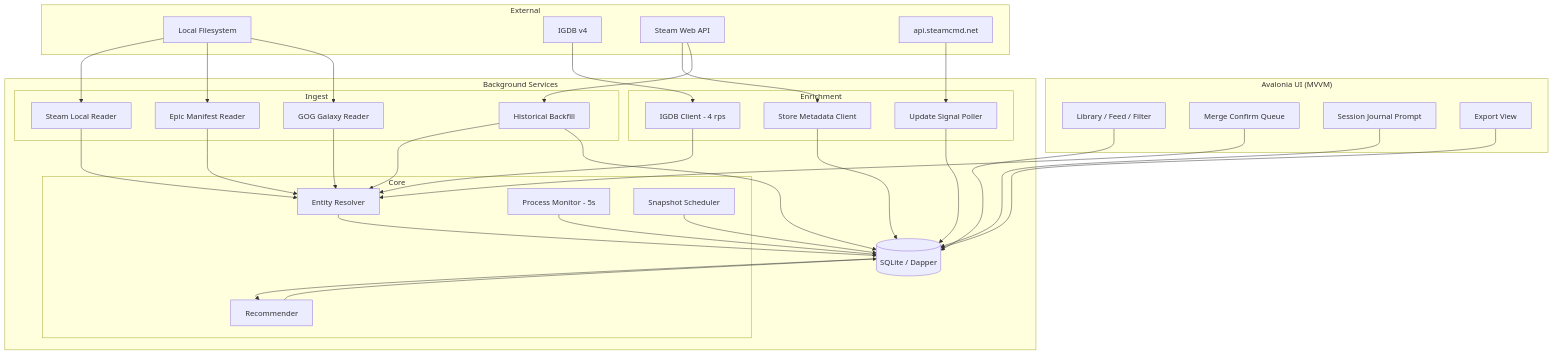
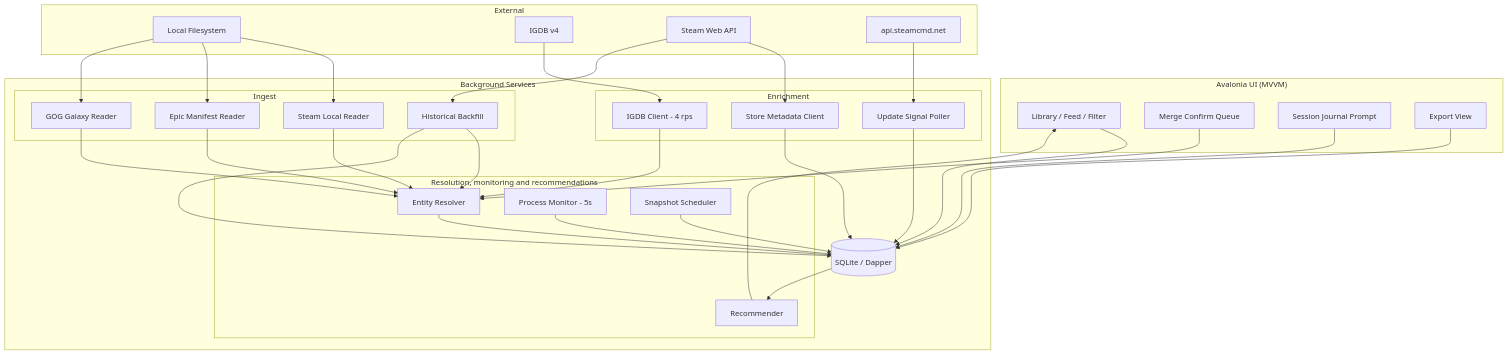
The diagram in game-library-design.md (safwyls/winnow), drawn with Mermaid before and after one commit. The commit also changed other lines of this file and 75 other files, not shown here.

````diff
--- a/game-library-design.md
+++ b/game-library-design.md
@@ -624,55 +620,55 @@
 ```mermaid
 graph TB
     subgraph UI["Avalonia UI (MVVM)"]
         LV[Library / Feed / Filter]
         MQ[Merge Confirm Queue]
         JN[Session Journal Prompt]
         EX[Export View]
     end
 
     subgraph Services["Background Services"]
         subgraph Ingest["Ingest"]
             SI[Steam Local Reader]
             EI[Epic Manifest Reader]
             GI[GOG Galaxy Reader]
             HB[Historical Backfill]
         end
 
         subgraph Enrich["Enrichment"]
             IG[IGDB Client - 4 rps]
             SA[Store Metadata Client]
             UP[Update Signal Poller]
         end
 
-        subgraph Core["Core"]
+        subgraph ApplicationLogic["Resolution, monitoring and recommendations"]
             ER[Entity Resolver]
             PM[Process Monitor - 5s]
             SN[Snapshot Scheduler]
             RC[Recommender]
         end
 
         DB[(SQLite / Dapper)]
     end
 
     subgraph External["External"]
         FS[Local Filesystem]
         IGDB[IGDB v4]
         STEAM[Steam Web API]
         SCMD[api.steamcmd.net]
     end
 
     LV --> DB
     MQ --> ER
     JN --> DB
     EX --> DB
 
     FS --> SI & EI & GI
     SI & EI & GI & HB --> ER
     ER --> DB
     IGDB --> IG --> ER
     STEAM --> SA & HB --> DB
     SCMD --> UP --> DB
     PM --> DB
     SN --> DB
-    DB --> RC --> DB
+    DB --> RC --> LV
 ```
````
